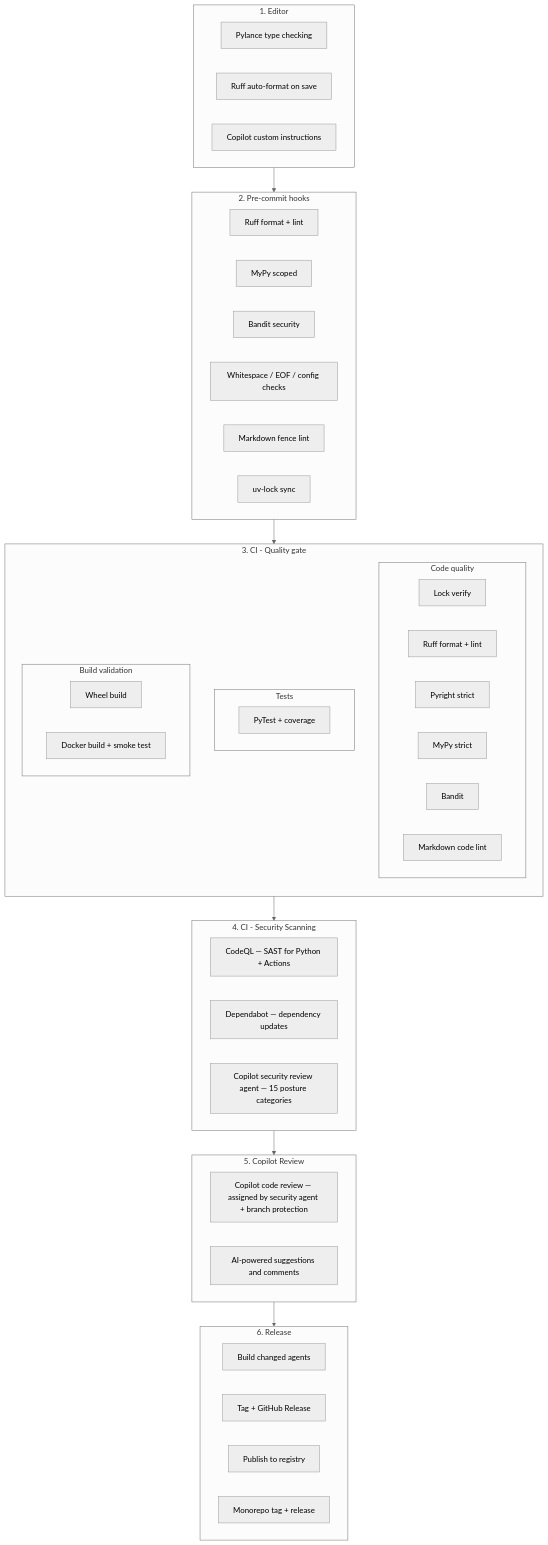
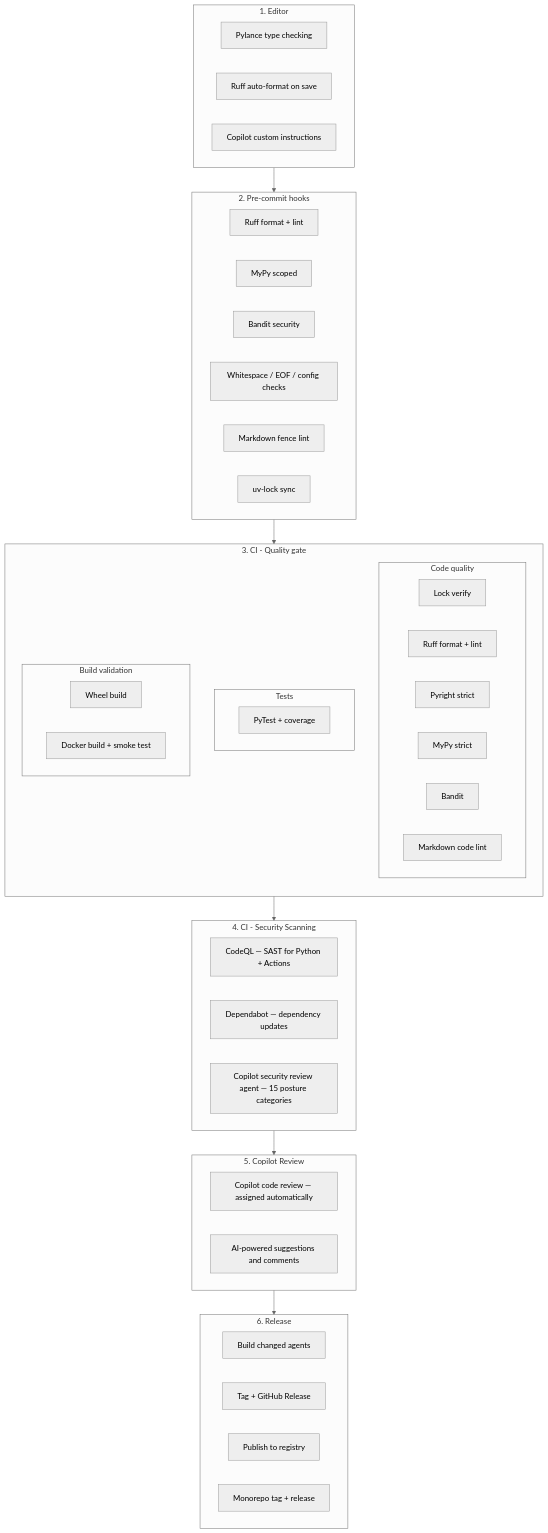
One commit to pmalarme/python-agent-template changed the first of 9 diagrams in README.md. Above: the diagram before and after it, drawn with Mermaid (neutral theme). The commit also changed other lines of this file and 2 other files, not shown here.

Commit message:
feat: enhance documentation and update Copilot instructions for security review workflow

````diff
--- a/README.md
+++ b/README.md
@@ -15,68 +15,68 @@
 ```mermaid
 flowchart TB
     subgraph L1["1. Editor"]
         direction LR
         E1[Pylance type checking]
         E2[Ruff auto-format on save]
         E3[Copilot custom instructions]
     end
 
     subgraph L2["2. Pre-commit hooks"]
         direction LR
         H1[Ruff format + lint]
         H2[MyPy scoped]
         H3[Bandit security]
         H4[Whitespace / EOF / config checks]
         H5[Markdown fence lint]
         H6[uv-lock sync]
     end
 
     subgraph L3["3. CI - Quality gate"]
         direction TB
         subgraph L3a["Code quality"]
             direction LR
             C0[Lock verify]
             C1["Ruff format + lint"]
             C2[Pyright strict]
             C3[MyPy strict]
             C4[Bandit]
             C5[Markdown code lint]
         end
         subgraph L3b["Tests"]
             direction LR
             T1[PyTest + coverage]
         end
         subgraph L3c["Build validation"]
             direction LR
             B1[Wheel build]
             B2[Docker build + smoke test]
         end
     end
 
     subgraph L4["4. CI - Security Scanning"]
         direction LR
         S1[CodeQL — SAST for Python + Actions]
         S2[Dependabot — dependency updates]
         S3[Copilot security review agent — 15 posture categories]
     end
 
     subgraph L5["5. Copilot Review"]
         direction LR
-        CR1[Copilot code review — assigned by security agent + branch protection]
+        CR1[Copilot code review — assigned automatically]
         CR2[AI-powered suggestions and comments]
     end
 
     subgraph L6["6. Release"]
         direction LR
         R1[Build changed agents]
         R2[Tag + GitHub Release]
         R3[Publish to registry]
         R4[Monorepo tag + release]
     end
 
     L1 --> L2
     L2 --> L3
     L3 --> L4
     L4 --> L5
     L5 --> L6
 ```
````
